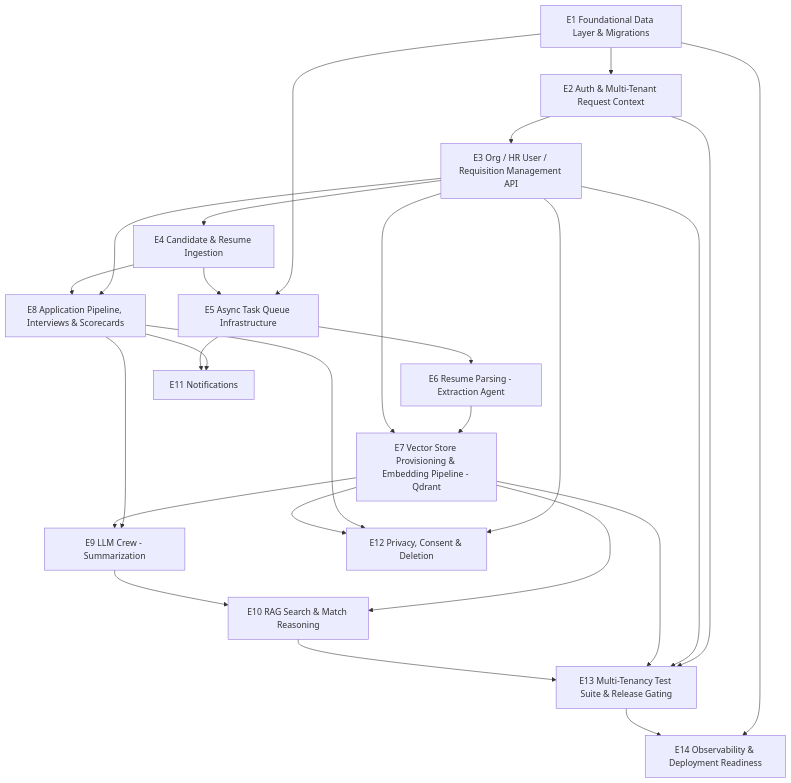
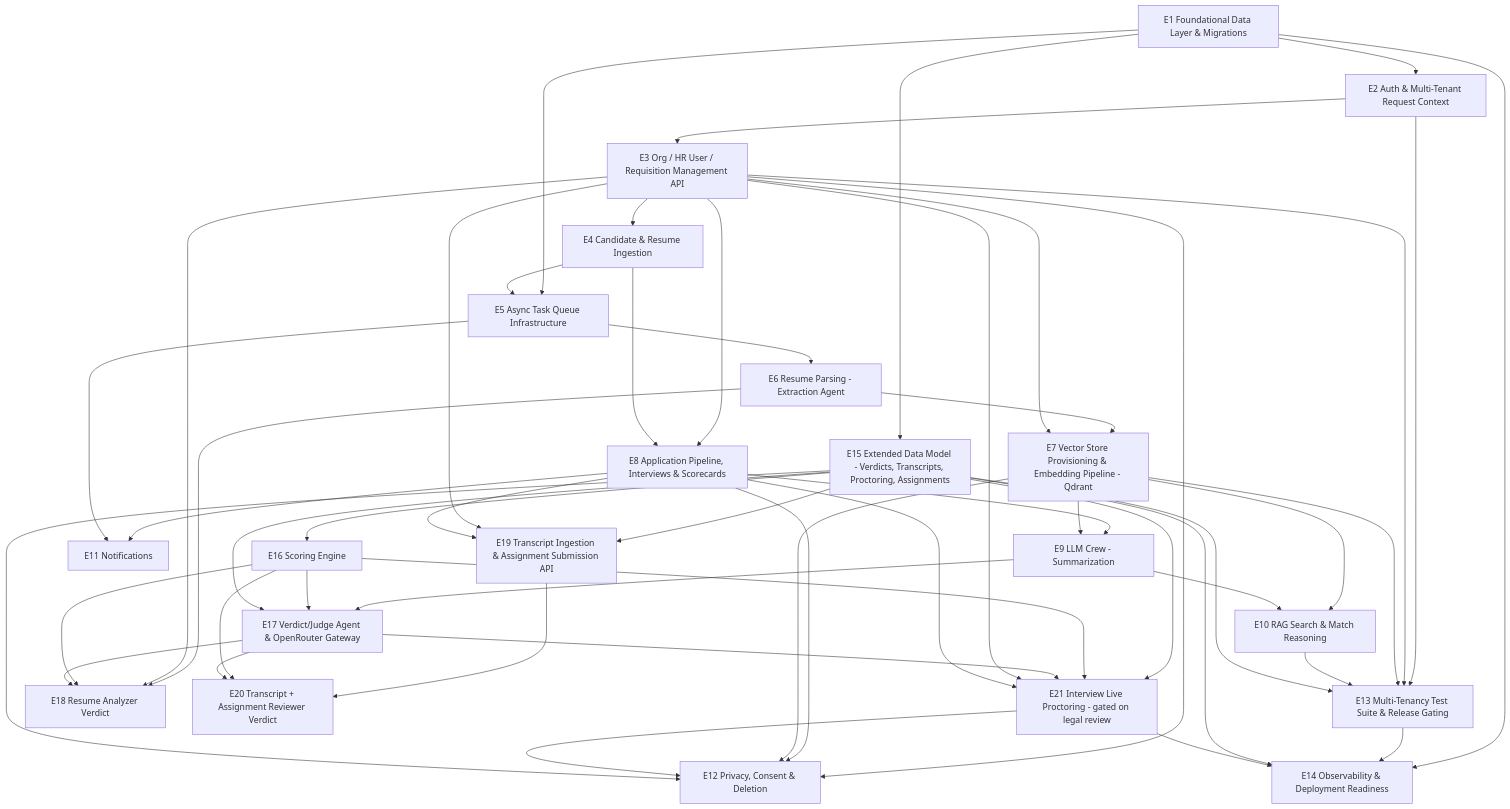
Before and after one commit to theharshchandrakar/virtual_hire: the diagram in EPIC.md, drawn with Mermaid. The commit also changed other lines of this file and 15 other files, not shown here.

First line of the commit message:
Docs pivot: Resume Analyzer, Interview Live Proctoring, Transcript/Assignment Reviewer (#5)

````diff
--- a/EPIC.md
+++ b/EPIC.md
@@ -15,43 +17,76 @@
 ```mermaid
 flowchart TD
     E1[E1 Foundational Data Layer & Migrations]
     E2[E2 Auth & Multi-Tenant Request Context]
     E3[E3 Org / HR User / Requisition Management API]
     E4[E4 Candidate & Resume Ingestion]
     E5[E5 Async Task Queue Infrastructure]
     E6[E6 Resume Parsing - Extraction Agent]
     E7[E7 Vector Store Provisioning & Embedding Pipeline - Qdrant]
     E8[E8 Application Pipeline, Interviews & Scorecards]
     E9[E9 LLM Crew - Summarization]
     E10[E10 RAG Search & Match Reasoning]
     E11[E11 Notifications]
     E12[E12 Privacy, Consent & Deletion]
     E13[E13 Multi-Tenancy Test Suite & Release Gating]
     E14[E14 Observability & Deployment Readiness]
+    E15[E15 Extended Data Model - Verdicts, Transcripts, Proctoring, Assignments]
+    E16[E16 Scoring Engine]
+    E17[E17 Verdict/Judge Agent & OpenRouter Gateway]
+    E18[E18 Resume Analyzer Verdict]
+    E19[E19 Transcript Ingestion & Assignment Submission API]
+    E20[E20 Transcript + Assignment Reviewer Verdict]
+    E21[E21 Interview Live Proctoring - gated on legal review]
 
     E1 --> E2
     E2 --> E3
     E3 --> E4
     E1 --> E5
     E4 --> E5
     E5 --> E6
     E6 --> E7
     E3 --> E7
     E3 --> E8
     E4 --> E8
     E8 --> E9
     E7 --> E9
     E7 --> E10
     E9 --> E10
     E8 --> E11
     E5 --> E11
     E3 --> E12
     E8 --> E12
     E7 --> E12
     E2 --> E13
     E3 --> E13
     E7 --> E13
     E10 --> E13
     E1 --> E14
     E13 --> E14
+
+    E1 --> E15
+    E15 --> E16
+    E9 --> E17
+    E16 --> E17
+    E15 --> E17
+    E6 --> E18
+    E3 --> E18
+    E16 --> E18
+    E17 --> E18
+    E15 --> E19
+    E3 --> E19
+    E8 --> E19
+    E19 --> E20
+    E16 --> E20
+    E17 --> E20
+    E15 --> E21
+    E16 --> E21
+    E17 --> E21
+    E3 --> E21
+    E8 --> E21
+    E21 --> E12
+    E15 --> E12
+    E15 --> E13
+    E15 --> E14
+    E21 --> E14
 ```
````
